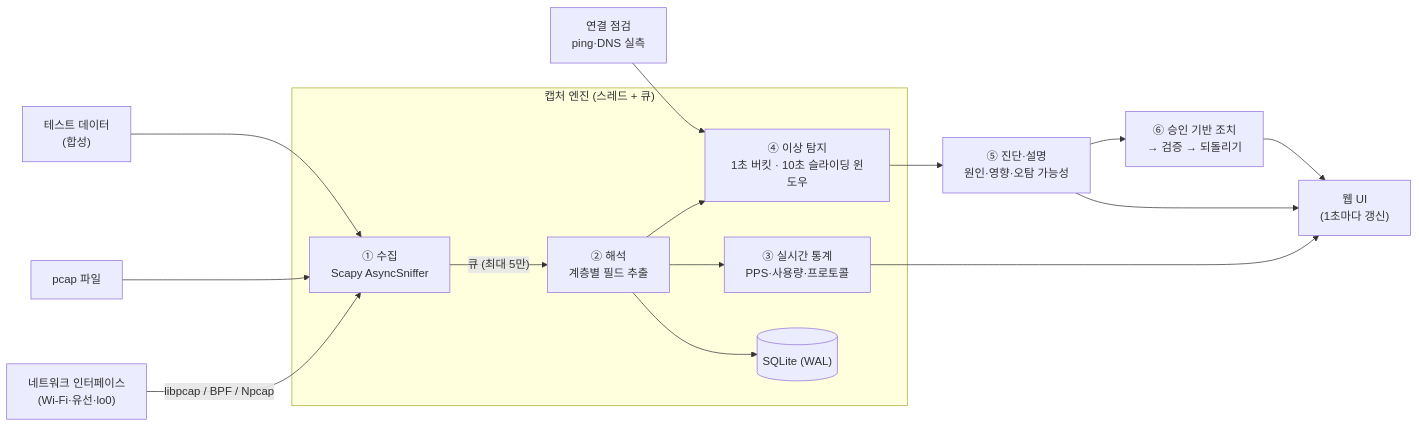
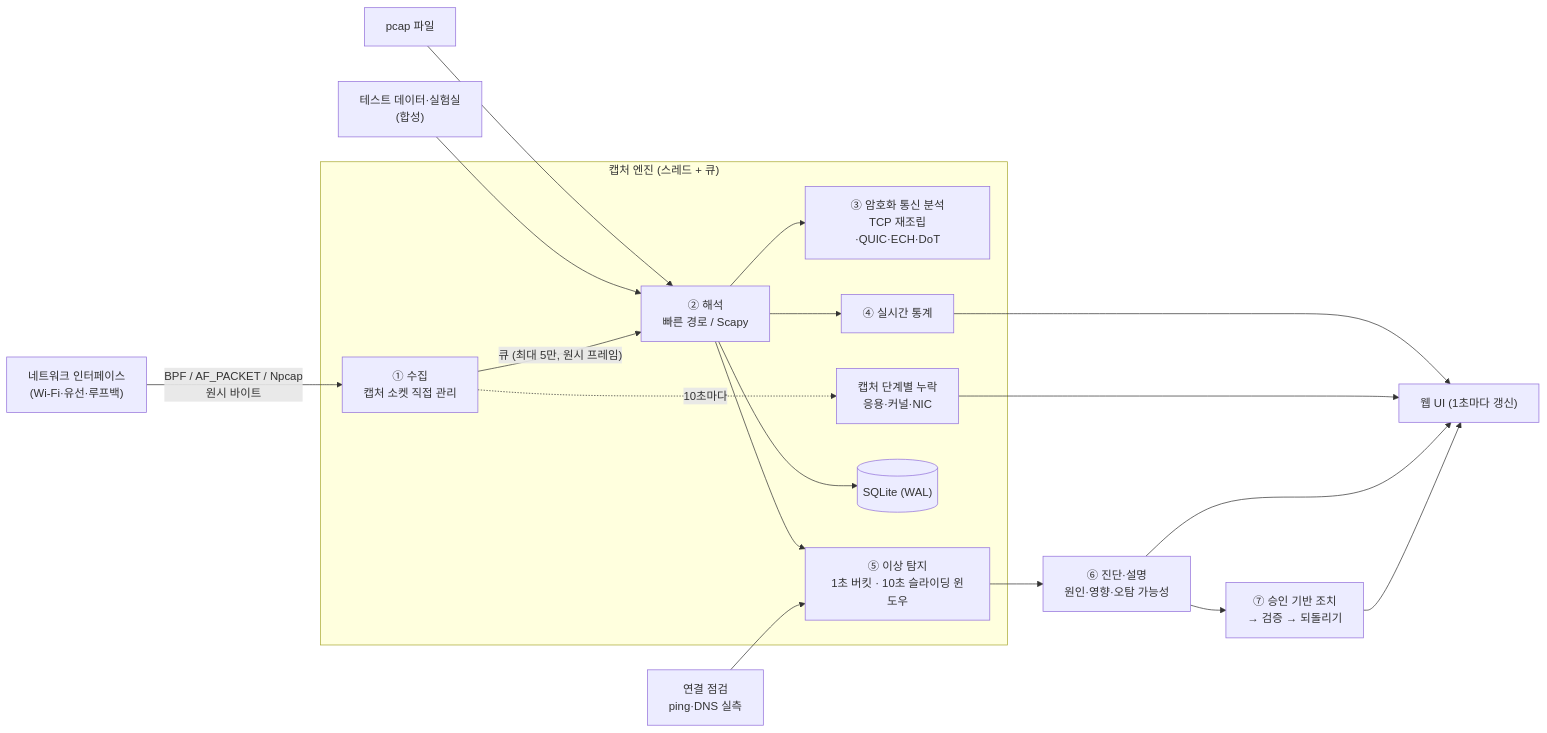
The first of 4 diagrams in NetCare/README.md (tjrdls/202602CN), drawn with Mermaid before and after one commit. The commit also changed other lines of this file and 3 other files, not shown here.

First line of the commit message:
docs(netcare): rewrite README with current architecture and verified results

````diff
--- a/NetCare/README.md
+++ b/NetCare/README.md
@@ -106,18 +140,21 @@
 ```mermaid
 flowchart LR
-    NIC["네트워크 인터페이스<br/>(Wi-Fi·유선·lo0)"] -->|libpcap / BPF / Npcap| CAP
-    PCAP["pcap 파일"] --> CAP
-    TEST["테스트 데이터<br/>(합성)"] --> CAP
+    NIC["네트워크 인터페이스<br/>(Wi-Fi·유선·루프백)"] -->|"BPF / AF_PACKET / Npcap<br/>원시 바이트"| CAP
+    PCAP["pcap 파일"] --> PARSE
+    TEST["테스트 데이터·실험실<br/>(합성)"] --> PARSE
     subgraph Engine["캡처 엔진 (스레드 + 큐)"]
-        CAP["① 수집<br/>Scapy AsyncSniffer"] -->|"큐 (최대 5만)"| PARSE["② 해석<br/>계층별 필드 추출"]
-        PARSE --> STATS["③ 실시간 통계<br/>PPS·사용량·프로토콜"]
-        PARSE --> DET["④ 이상 탐지<br/>1초 버킷 · 10초 슬라이딩 윈도우"]
+        CAP["① 수집<br/>캡처 소켓 직접 관리"] -->|"큐 (최대 5만, 원시 프레임)"| PARSE["② 해석<br/>빠른 경로 / Scapy"]
+        PARSE --> ENC["③ 암호화 통신 분석<br/>TCP 재조립·QUIC·ECH·DoT"]
+        PARSE --> STATS["④ 실시간 통계"]
+        PARSE --> DET["⑤ 이상 탐지<br/>1초 버킷 · 10초 슬라이딩 윈도우"]
         PARSE --> DB[("SQLite (WAL)")]
+        CAP -.->|"10초마다"| CS["캡처 단계별 누락<br/>응용·커널·NIC"]
     end
     PROBE["연결 점검<br/>ping·DNS 실측"] --> DET
-    DET --> DIAG["⑤ 진단·설명<br/>원인·영향·오탐 가능성"]
-    DIAG --> ACT["⑥ 승인 기반 조치<br/>→ 검증 → 되돌리기"]
-    STATS --> UI["웹 UI<br/>(1초마다 갱신)"]
+    DET --> DIAG["⑥ 진단·설명<br/>원인·영향·오탐 가능성"]
+    DIAG --> ACT["⑦ 승인 기반 조치<br/>→ 검증 → 되돌리기"]
+    STATS --> UI["웹 UI (1초마다 갱신)"]
+    CS --> UI
     DIAG --> UI
     ACT --> UI
 ```
````
